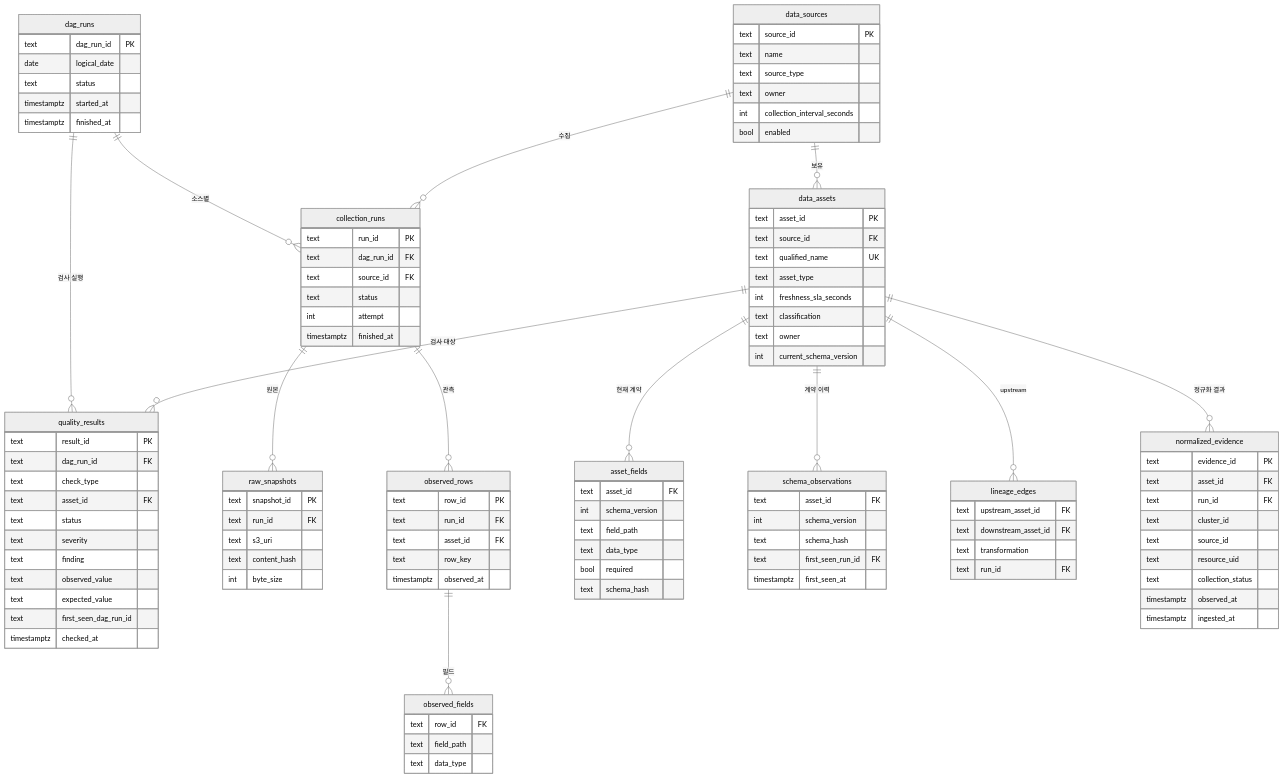
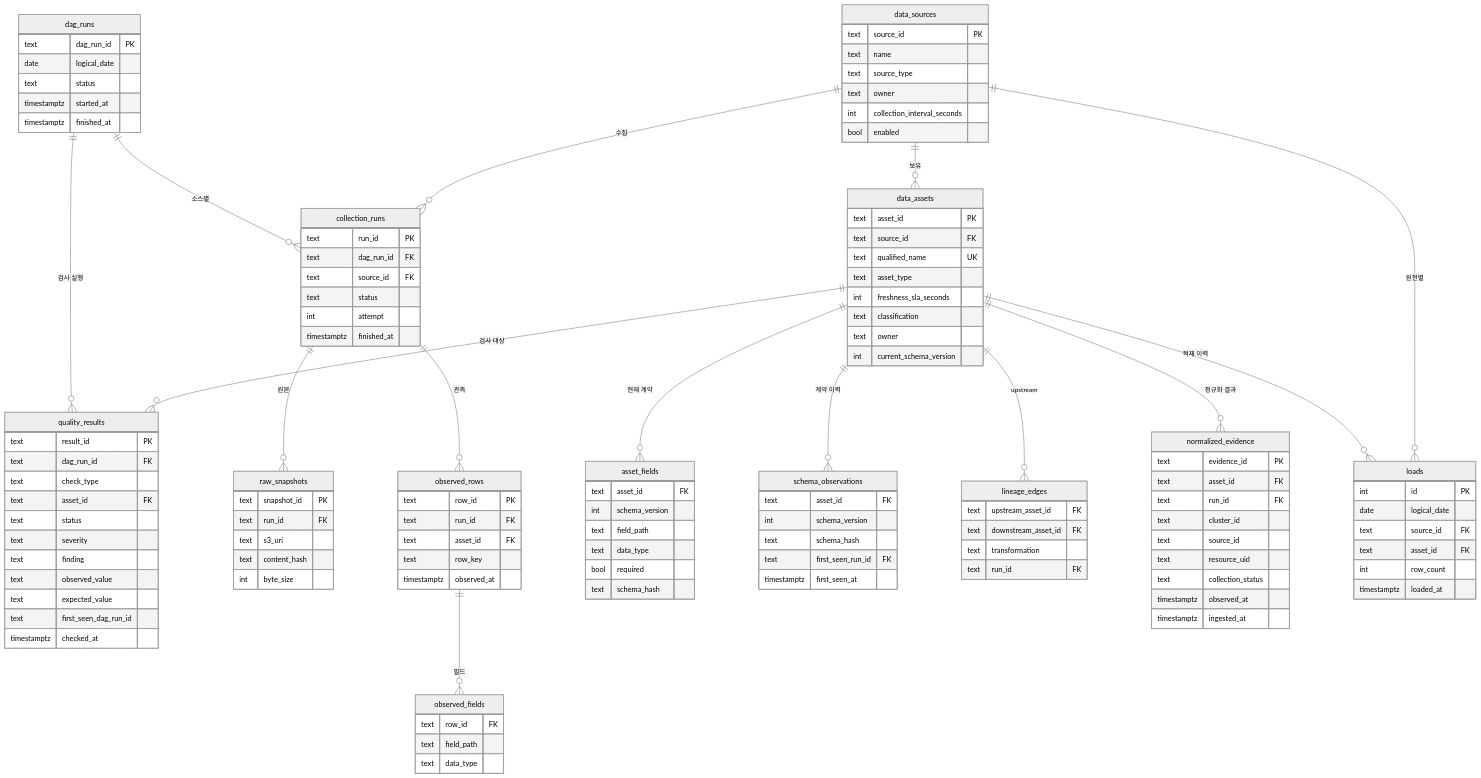
One commit to woonyong-kr/k8s-ops-min changed the first of 2 diagrams in docs/portfolio/metadata-catalog.md. Above: the diagram before and after it, drawn with Mermaid (neutral theme). The commit also changed 5 other files, not shown here.

```diff
--- a/docs/portfolio/metadata-catalog.md
+++ b/docs/portfolio/metadata-catalog.md
@@ -95,7 +95,17 @@
     data_assets         ||--o{ quality_results     : "검사 대상"
     data_assets         ||--o{ normalized_evidence : "정규화 결과"
     observed_rows       ||--o{ observed_fields     : "필드"
+    data_assets         ||--o{ loads                : "적재 이력"
+    data_sources        ||--o{ loads                : "원천별"
 
+    loads {
+        int         id PK
+        date        logical_date
+        text        source_id FK
+        text        asset_id FK
+        int         row_count
+        timestamptz loaded_at
+    }
     dag_runs {
         text        dag_run_id PK
         date        logical_date
```
